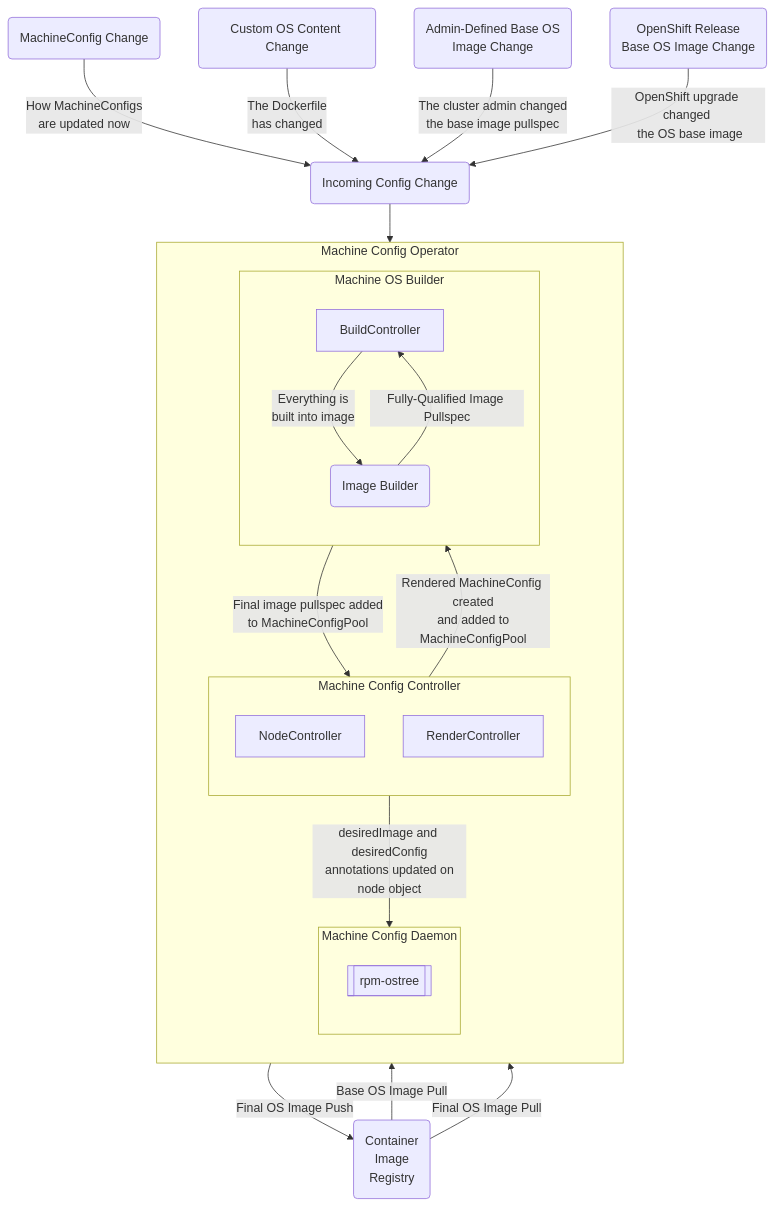
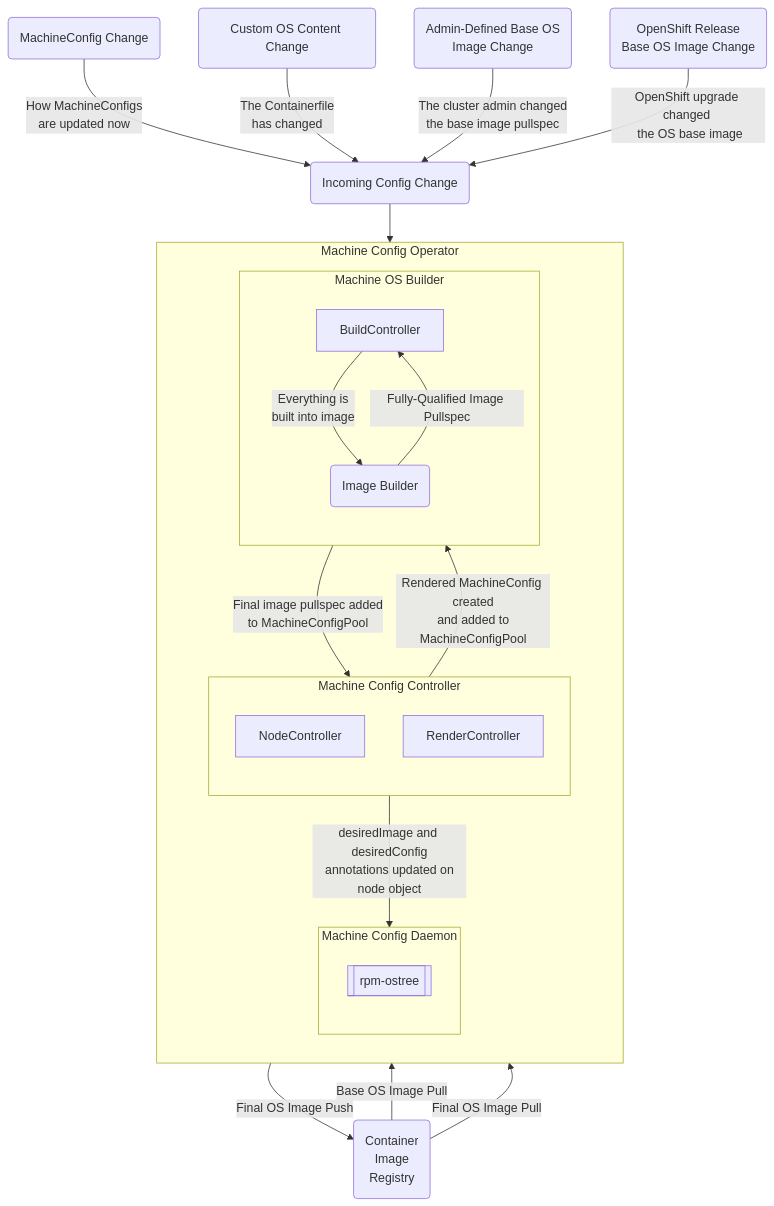
The second of 5 diagrams in enhancements/machine-config/on-cluster-builds.md (openshift/enhancements), drawn with Mermaid before and after one commit. The commit also changed other lines of this file, not shown here.

````diff
--- a/enhancements/machine-config/on-cluster-builds.md
+++ b/enhancements/machine-config/on-cluster-builds.md
@@ -289,41 +344,41 @@
 ```mermaid
 flowchart TB
     ImageRegistry("Container\n Image\n Registry")
     subgraph MCO [Machine Config Operator]
         direction TB
         subgraph MCC [Machine Config Controller]
             direction TB
             NodeController
             RenderController
         end
         subgraph MOB [Machine OS Builder]
             direction TB
             BuildController
             ImageBuilder("Image Builder")
             BuildController--> |Everything is \n built into image| ImageBuilder
         end
         subgraph MCD [Machine Config Daemon]
             direction TB
             RPMOStree[[rpm-ostree]]
         end
     end
 
     IncomingConfigChange("Incoming Config Change")
     MachineConfigChange("MachineConfig Change")
     CustomOSContentChange("Custom OS Content Change")
     CustomBaseOSImageChange("Admin-Defined Base OS \n Image Change")
     ReleaseOSImageChange("OpenShift Release \n Base OS Image Change")
 
     MachineConfigChange--> |How MachineConfigs \n are updated now| IncomingConfigChange
-    CustomOSContentChange--> |The Dockerfile \n has changed| IncomingConfigChange
+    CustomOSContentChange--> |The Containerfile \n has changed| IncomingConfigChange
     CustomBaseOSImageChange--> |The cluster admin changed \n the base image pullspec| IncomingConfigChange
     ReleaseOSImageChange--> |OpenShift upgrade changed \n the OS base image| IncomingConfigChange
     IncomingConfigChange-->RenderController
     NodeController--> |desiredImage and desiredConfig\n annotations updated on node object| MCD
     BuildController--> |Final image pullspec added\n to MachineConfigPool| NodeController
     RenderController--> |Rendered MachineConfig created\n and added to MachineConfigPool| BuildController
     ImageRegistry--> |Base OS Image Pull| ImageBuilder
     ImageBuilder--> |Final OS Image Push| ImageRegistry
     ImageBuilder--> |Fully-Qualified Image Pullspec| BuildController
     ImageRegistry--> |Final OS Image Pull| RPMOStree
 ```
````
